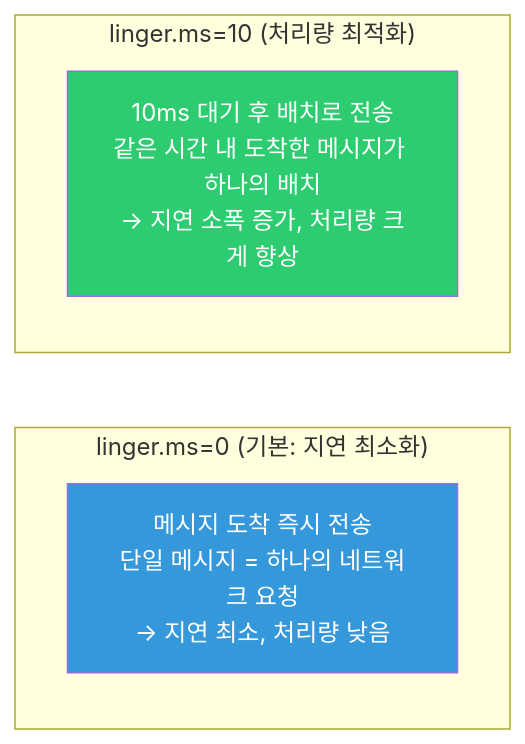
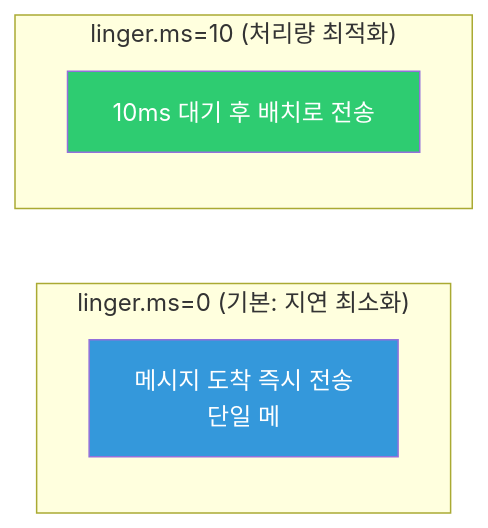
Before and after one commit to yjkim2015/yjkim2015.github.io: the second of 4 diagrams in _posts/kafka/2026-05-01-kafka-producer-deep.md, drawn with Mermaid. The commit also changed other lines of this file and 271 other files, not shown here.

First line of the commit message:
Mermaid 라벨 축소: 긴 노드 텍스트 18자 이하로 트림 + \n 제거

````diff
--- a/_posts/kafka/2026-05-01-kafka-producer-deep.md
+++ b/_posts/kafka/2026-05-01-kafka-producer-deep.md
@@ -82,11 +82,11 @@
 ```mermaid
 graph LR
     subgraph "linger.ms=0 (기본: 지연 최소화)"
-        L0["메시지 도착 즉시 전송\n단일 메시지 = 하나의 네트워크 요청\n→ 지연 최소, 처리량 낮음"]
+        L0["메시지 도착 즉시 전송\n단일 메"]
     end
     subgraph "linger.ms=10 (처리량 최적화)"
-        L10["10ms 대기 후 배치로 전송\n같은 시간 내 도착한 메시지가 하나의 배치\n→ 지연 소폭 증가, 처리량 크게 향상"]
+        L10["10ms 대기 후 배치로 전송\n"]
     end
     style L0 fill:#3498db,color:#fff
     style L10 fill:#2ecc71,color:#fff
 ```
````
